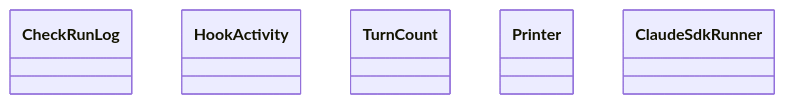
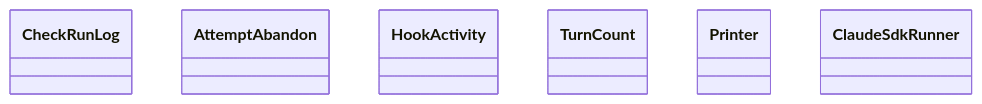
One commit to GonzaloZevallos/agentic-system changed the diagram in docs/architecture/generated/classes-process-adapters-claude_sdk.md. Above: the diagram before and after it, drawn with Mermaid.

Commit message:
Regenerate the architecture docs for AttemptAbandon and the abandonable wrappers

````diff
--- a/docs/architecture/generated/classes-process-adapters-claude_sdk.md
+++ b/docs/architecture/generated/classes-process-adapters-claude_sdk.md
@@ -12,8 +12,9 @@
 ```mermaid
 classDiagram
     class claude_sdk__check_run_log__CheckRunLog["CheckRunLog"]
+    class claude_sdk__hooks__AttemptAbandon["AttemptAbandon"]
     class claude_sdk__hooks__HookActivity["HookActivity"]
     class claude_sdk__hooks__TurnCount["TurnCount"]
     class claude_sdk__printer__Printer["Printer"]
     class claude_sdk__runner__ClaudeSdkRunner["ClaudeSdkRunner"]
 ```
````
